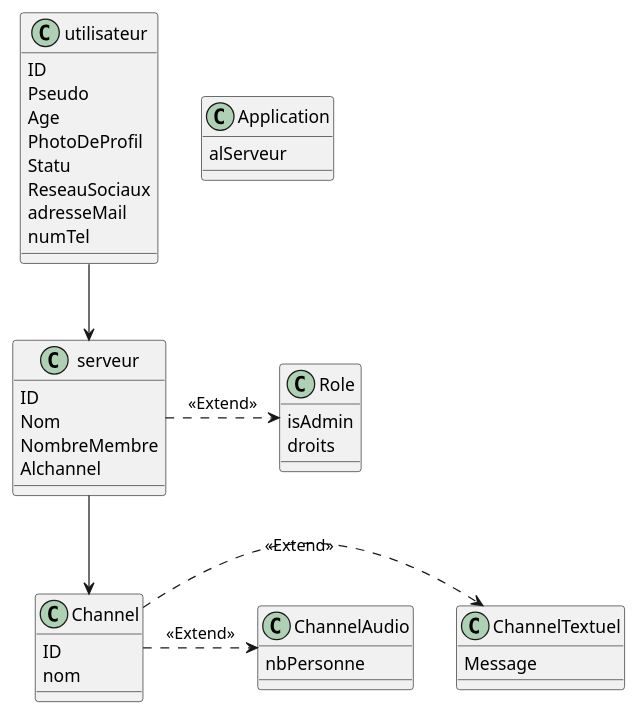
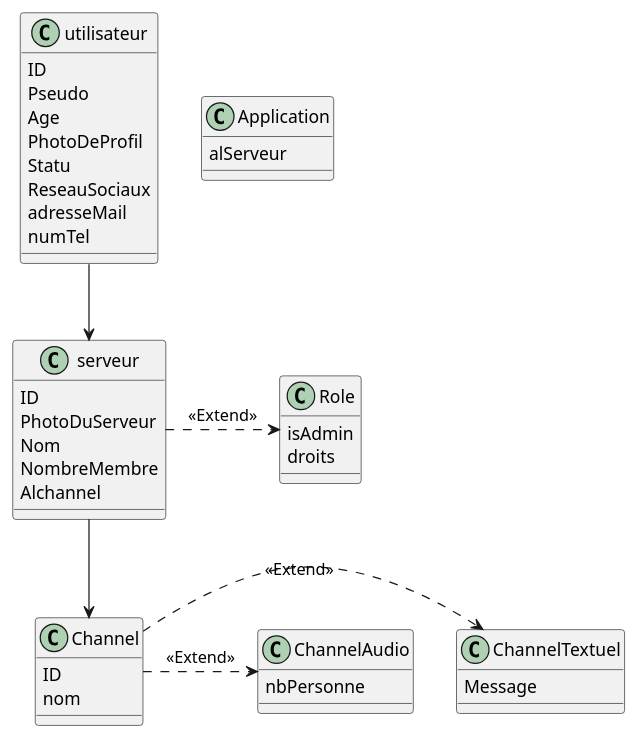
Before and after one commit to IUT-Blagnac/bcoo-retro2021-bcoo-retro2021-g16: the diagram in discord.plantuml, drawn with PlantUML.

```diff
--- a/discord.plantuml
+++ b/discord.plantuml
@@ -1,49 +1,50 @@
 @startuml
 
 class utilisateur {
   ID
   Pseudo 
   Age 
   PhotoDeProfil
   Statu
   ReseauSociaux
   adresseMail
   numTel
 }
 
 class serveur {
   ID
+  PhotoDuServeur
   Nom
   NombreMembre
   Alchannel 
 }
 
 class Role {
   isAdmin
   droits
 }
 
 class Channel {
   ID
   nom
 }
 
 class ChannelAudio{
   nbPersonne
 }
 
 class ChannelTextuel{
   Message
 }
 
 class Application {
  alServeur
 }
 
 utilisateur --> serveur
 serveur .> Role : <<Extend>>
 serveur --> Channel
 Channel .> ChannelTextuel : <<Extend>>
 Channel .> ChannelAudio : <<Extend>>
 
 @enduml
```
